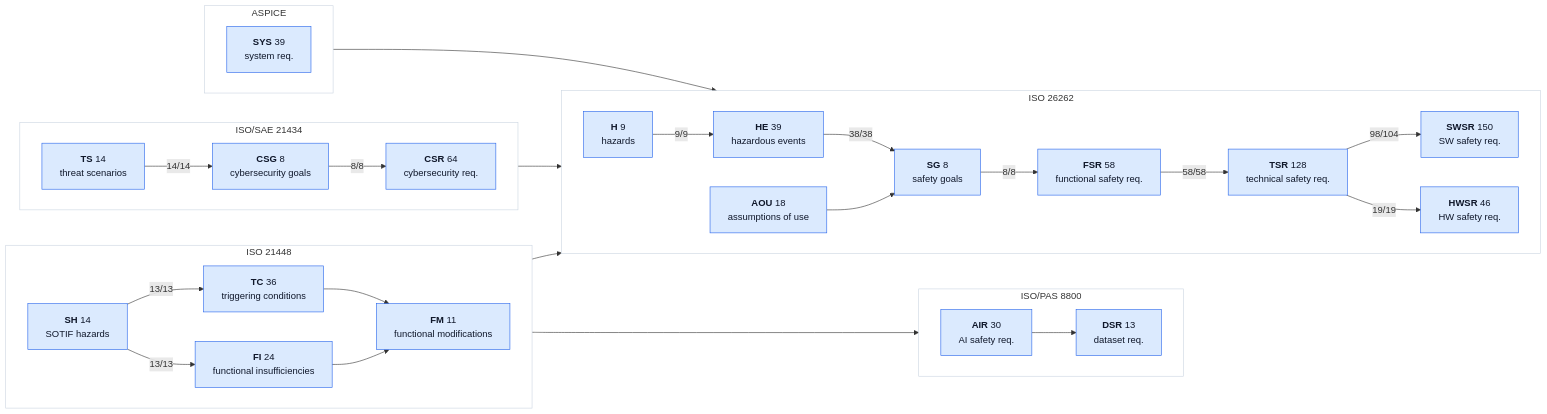
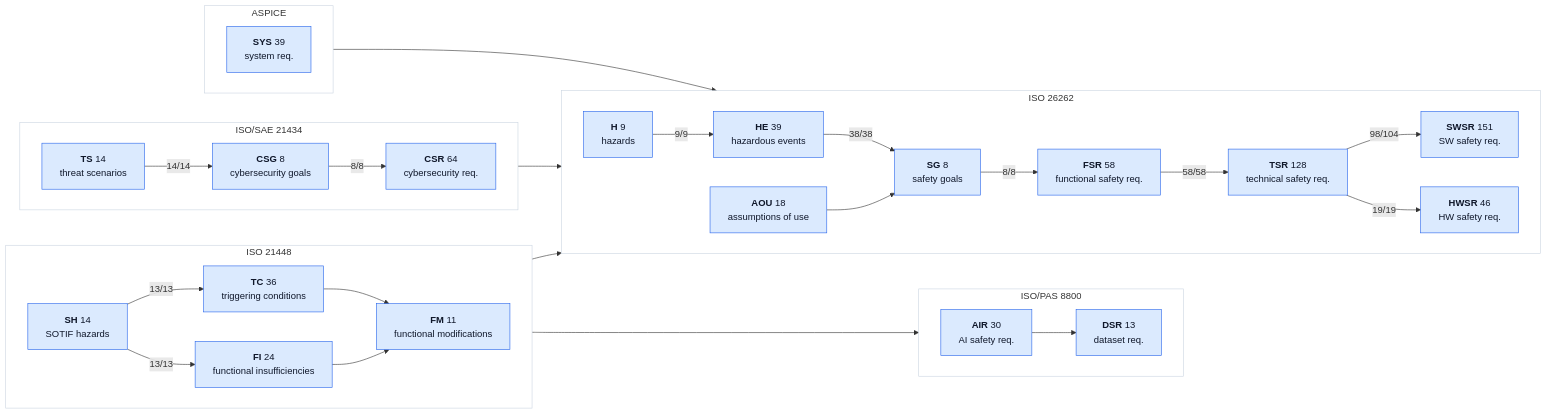
Before and after one commit to jherrodthomas/LionDriver: the second of 2 diagrams in assurance/trace/maps/aspice-trace-map.md, drawn with Mermaid. The commit also changed other lines of this file and 74 other files, not shown here.

````diff
--- a/assurance/trace/maps/aspice-trace-map.md
+++ b/assurance/trace/maps/aspice-trace-map.md
@@ -188,61 +188,61 @@
 ```mermaid
 flowchart LR
   subgraph ISO26262["ISO 26262"]
     direction LR
     kH["<b>H</b> 9<br/>hazards"]:::traced
     kHE["<b>HE</b> 39<br/>hazardous events"]:::traced
     kSG["<b>SG</b> 8<br/>safety goals"]:::traced
     kFSR["<b>FSR</b> 58<br/>functional safety req."]:::traced
     kTSR["<b>TSR</b> 128<br/>technical safety req."]:::traced
-    kSWSR["<b>SWSR</b> 150<br/>SW safety req."]:::traced
+    kSWSR["<b>SWSR</b> 151<br/>SW safety req."]:::traced
     kHWSR["<b>HWSR</b> 46<br/>HW safety req."]:::traced
     kAOU["<b>AOU</b> 18<br/>assumptions of use"]:::traced
   end
   style ISO26262 fill:#FFFFFF,stroke:#CBD5E1
   subgraph ISO21448["ISO 21448"]
     direction LR
     kSH["<b>SH</b> 14<br/>SOTIF hazards"]:::traced
     kTC["<b>TC</b> 36<br/>triggering conditions"]:::traced
     kFI["<b>FI</b> 24<br/>functional insufficiencies"]:::traced
     kFM["<b>FM</b> 11<br/>functional modifications"]:::traced
   end
   style ISO21448 fill:#FFFFFF,stroke:#CBD5E1
   subgraph ISOPAS8800["ISO/PAS 8800"]
     direction LR
     kAIR["<b>AIR</b> 30<br/>AI safety req."]:::traced
     kDSR["<b>DSR</b> 13<br/>dataset req."]:::traced
   end
   style ISOPAS8800 fill:#FFFFFF,stroke:#CBD5E1
   subgraph ISOSAE21434["ISO/SAE 21434"]
     direction LR
     kTS["<b>TS</b> 14<br/>threat scenarios"]:::traced
     kCSG["<b>CSG</b> 8<br/>cybersecurity goals"]:::traced
     kCSR["<b>CSR</b> 64<br/>cybersecurity req."]:::traced
   end
   style ISOSAE21434 fill:#FFFFFF,stroke:#CBD5E1
   subgraph ASPICE["ASPICE"]
     direction LR
     kSYS["<b>SYS</b> 39<br/>system req."]:::traced
   end
   style ASPICE fill:#FFFFFF,stroke:#CBD5E1
   kH -->|"9/9"| kHE
   kHE -->|"38/38"| kSG
   kSG -->|"8/8"| kFSR
   kFSR -->|"58/58"| kTSR
   kTSR -->|"98/104"| kSWSR
   kTSR -->|"19/19"| kHWSR
   kAOU --> kSG
   kSH -->|"13/13"| kTC
   kSH -->|"13/13"| kFI
   kTC --> kFM
   kFI --> kFM
   kSH --> kH
   kFI --> kAIR
   kAIR --> kDSR
   kTS -->|"14/14"| kCSG
   kCSG -->|"8/8"| kCSR
   kCSG --> kSG
   kSYS --> kTSR
   classDef traced fill:#DBEAFE,stroke:#2563EB,color:#0F172A
   classDef doc fill:#F1F5F9,stroke:#94A3B8,stroke-dasharray:4 3,color:#475569
 ```
````
